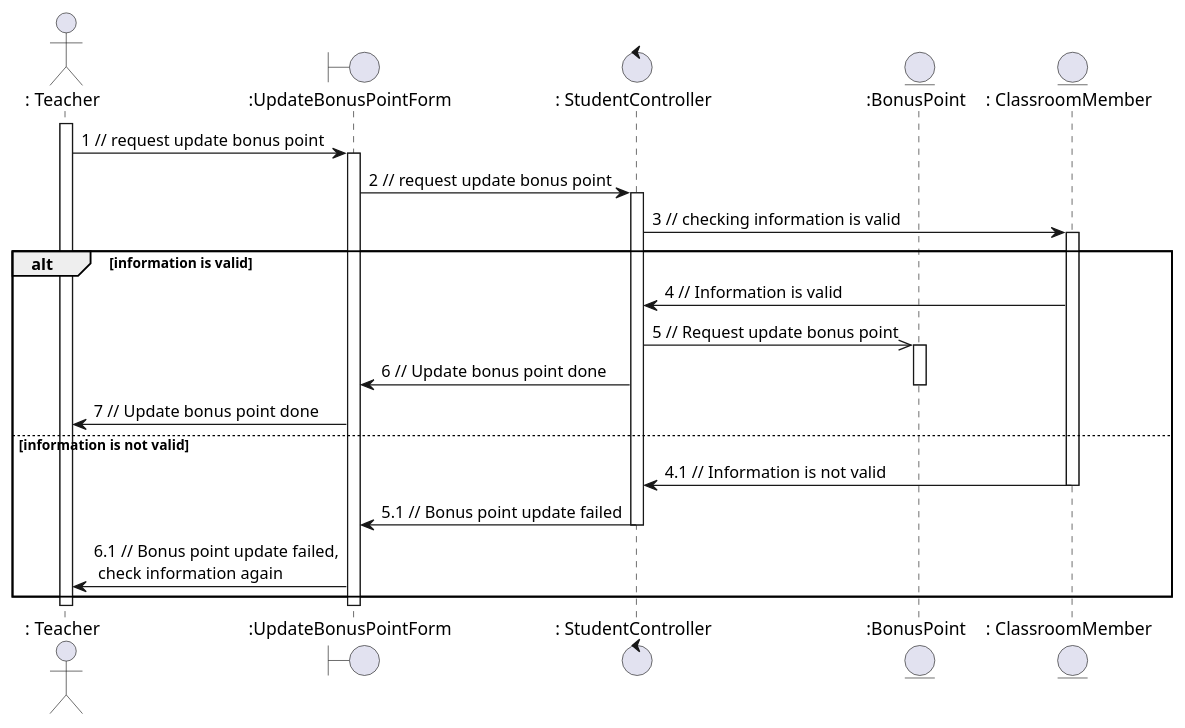
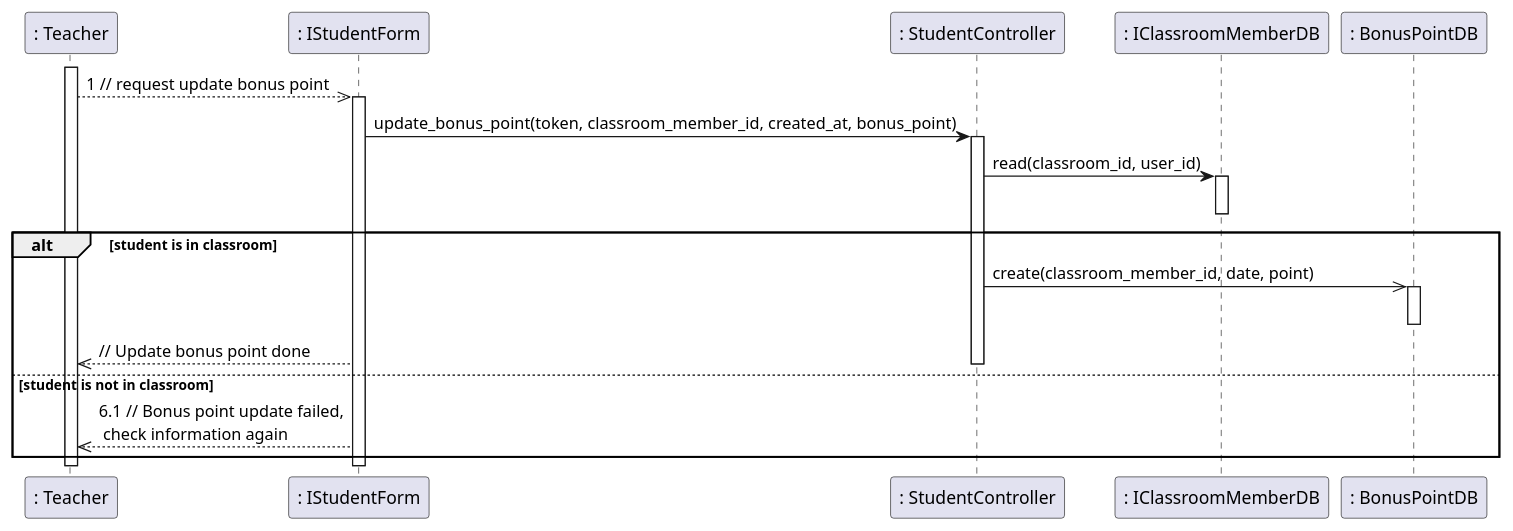
One commit to anonyhostvn/OOAD-Diagram changed the diagram in sequence - design/rollcall/updateBonusPoint.plantuml. Above: the diagram before and after it, drawn with PlantUML. The commit also changed 3 other files, not shown here.

Commit message:
update bonus point and add roll call

```diff
--- a/sequence - design/rollcall/updateBonusPoint.plantuml
+++ b/sequence - design/rollcall/updateBonusPoint.plantuml
@@ -1,36 +1,27 @@
 @startuml updateBonusPoint
 
-actor ": Teacher"
-boundary ":UpdateBonusPointForm"
-control ": StudentController"
-entity ":BonusPoint"
-entity ": ClassroomMember"
 
 activate ": Teacher"
 
-": Teacher" -> ":UpdateBonusPointForm": 1 // request update bonus point
-activate ":UpdateBonusPointForm"
-":UpdateBonusPointForm" -> ": StudentController": 2 // request update bonus point
+": Teacher" -->> ": IStudentForm": 1 // request update bonus point
+activate ": IStudentForm"
+": IStudentForm" -> ": StudentController": update_bonus_point(token, classroom_member_id, created_at, bonus_point)
 activate ": StudentController"
-": StudentController" -> ": ClassroomMember": 3 // checking information is valid
-activate ": ClassroomMember"
-alt information is valid
-    ": ClassroomMember" -> ": StudentController": 4 // Information is valid
-    ": StudentController" ->> ":BonusPoint": 5 // Request update bonus point
-    activate ":BonusPoint"
-    ": StudentController" -> ":UpdateBonusPointForm": 6 // Update bonus point done
-    deactivate ":BonusPoint"
-    ":UpdateBonusPointForm" -> ": Teacher": 7 // Update bonus point done
-else information is not valid
-    ": ClassroomMember" -> ": StudentController": 4.1 // Information is not valid
-    deactivate ": ClassroomMember"
-    ": StudentController" -> ":UpdateBonusPointForm": 5.1 // Bonus point update failed
+": StudentController" -> ": IClassroomMemberDB": read(classroom_id, user_id)
+activate ": IClassroomMemberDB"
+deactivate ": IClassroomMemberDB"
+alt student is in classroom
+    ": StudentController" ->> ": BonusPointDB": create(classroom_member_id, date, point)
+    activate ": BonusPointDB"
+    deactivate ": BonusPointDB"
+    ": IStudentForm" -->> ": Teacher": // Update bonus point done
+else student is not in classroom
     deactivate ": StudentController"
-    ":UpdateBonusPointForm" -> ": Teacher": 6.1 // Bonus point update failed,\n check information again
+    ": IStudentForm" -->> ": Teacher": 6.1 // Bonus point update failed,\n check information again
 end
 
 deactivate ": Teacher"
-deactivate ":UpdateBonusPointForm"
+deactivate ": IStudentForm"
 
 
 @enduml
```
